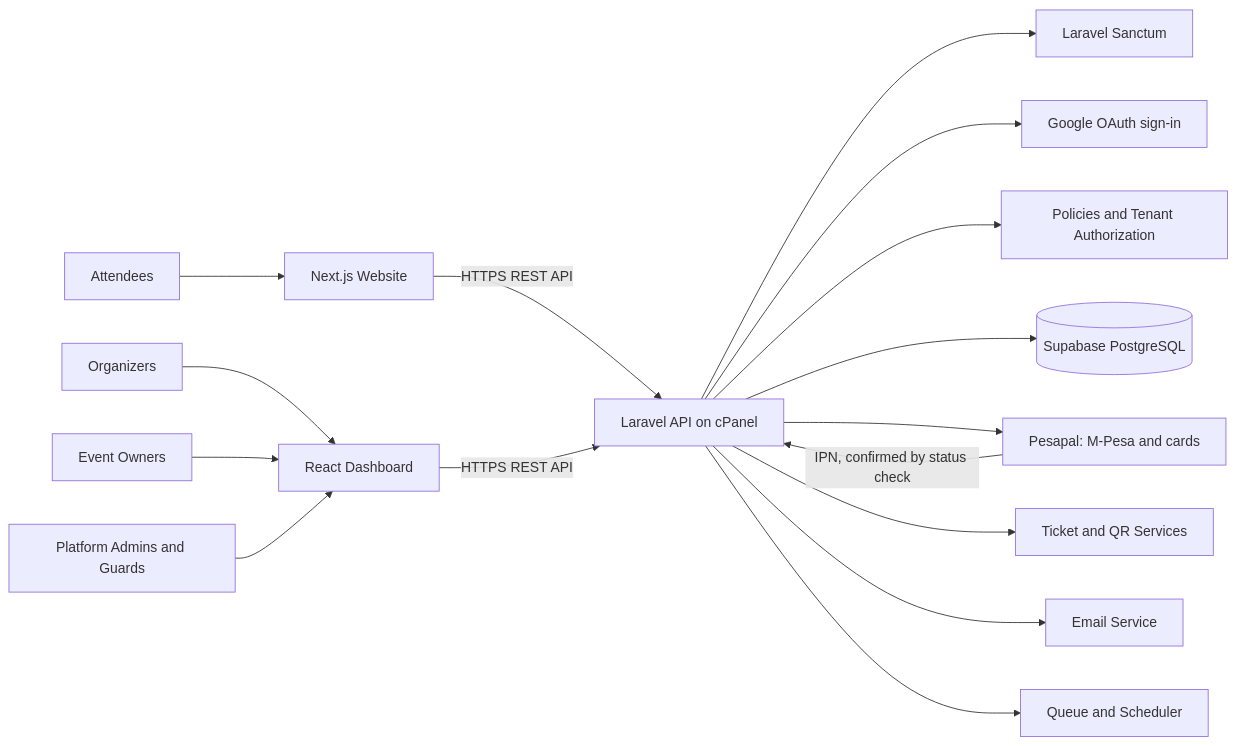
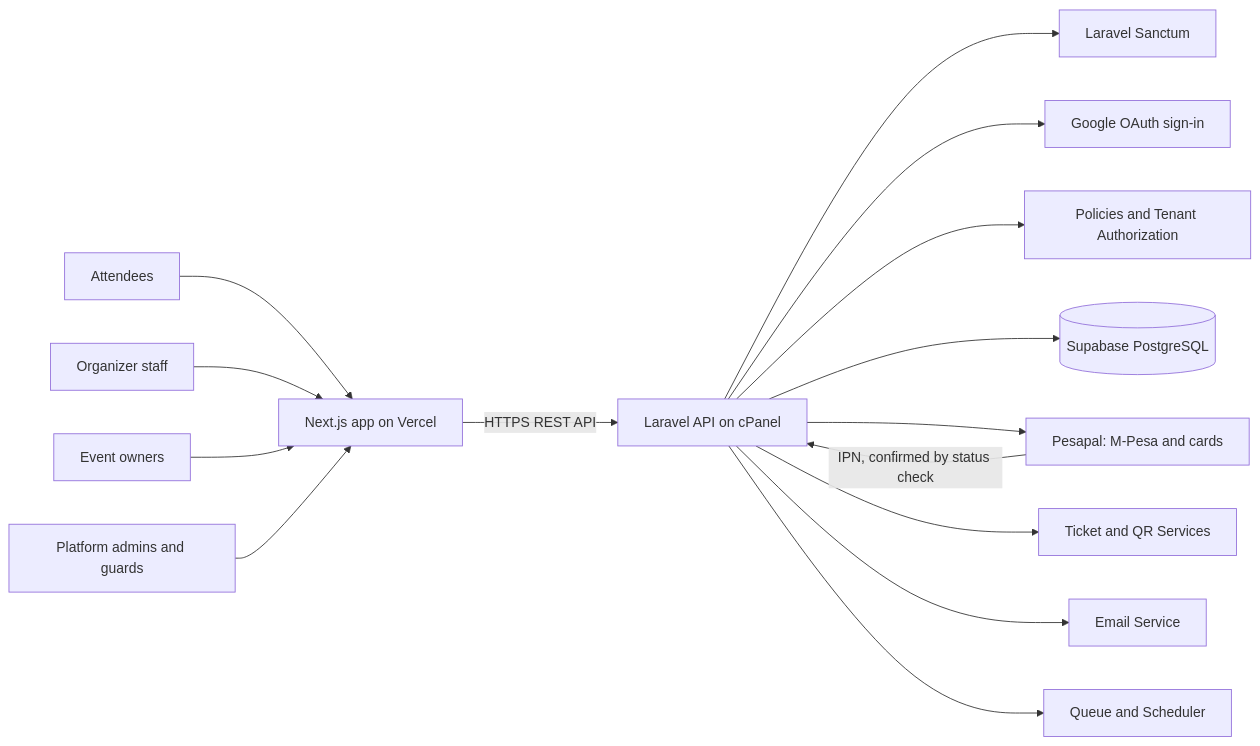
One commit to kreativesahara/ticket changed the diagram in doc/diagrams/techstack/01-system-architecture.mmd. Above: the diagram before and after it, drawn with Mermaid. The commit also changed 35 other files, not shown here.

Commit message:
docs: add architecture diagrams, state machines, and documentation files

```diff
--- a/doc/diagrams/techstack/01-system-architecture.mmd
+++ b/doc/diagrams/techstack/01-system-architecture.mmd
@@ -1,19 +1,18 @@
 flowchart LR
-    A[Attendees] --> W[Next.js Website]
-    O[Organizers] --> D[React Dashboard]
-    EO[Event Owners] --> D
-    G[Platform Admins and Guards] --> D
+    A[Attendees] --> W[Next.js app on Vercel]
+    O[Organizer staff] --> W
+    EO[Event owners] --> W
+    G[Platform admins and guards] --> W
 
     W -- HTTPS REST API --> API[Laravel API on cPanel]
-    D -- HTTPS REST API --> API
 
     API --> S[Laravel Sanctum]
     API --> GO[Google OAuth sign-in]
     API --> P[Policies and Tenant Authorization]
     API --> DB[(Supabase PostgreSQL)]
     API --> PAY[Pesapal: M-Pesa and cards]
     API --> QR[Ticket and QR Services]
     API --> E[Email Service]
     API --> Q[Queue and Scheduler]
 
     PAY -- IPN, confirmed by status check --> API
```
